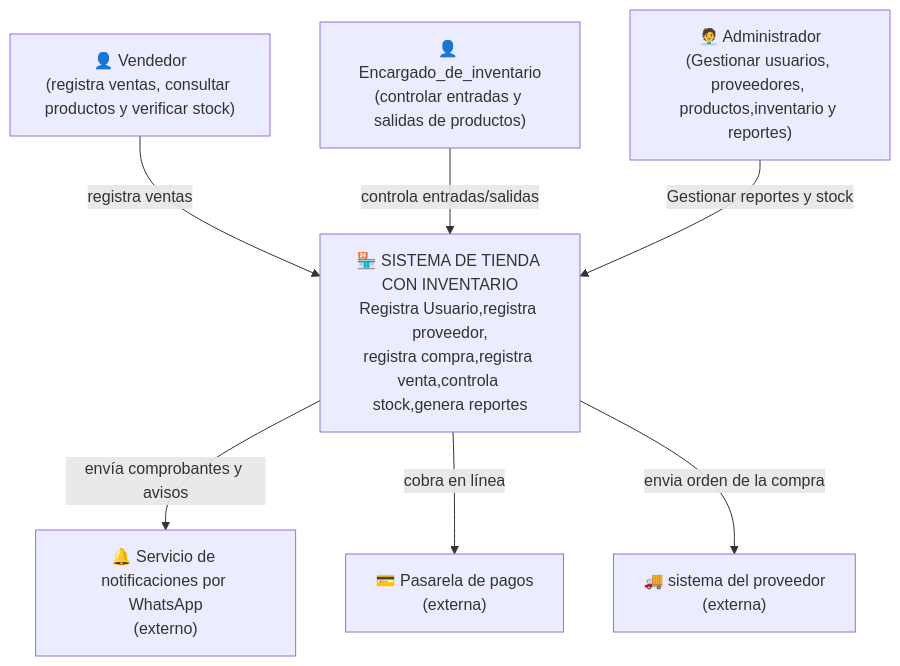
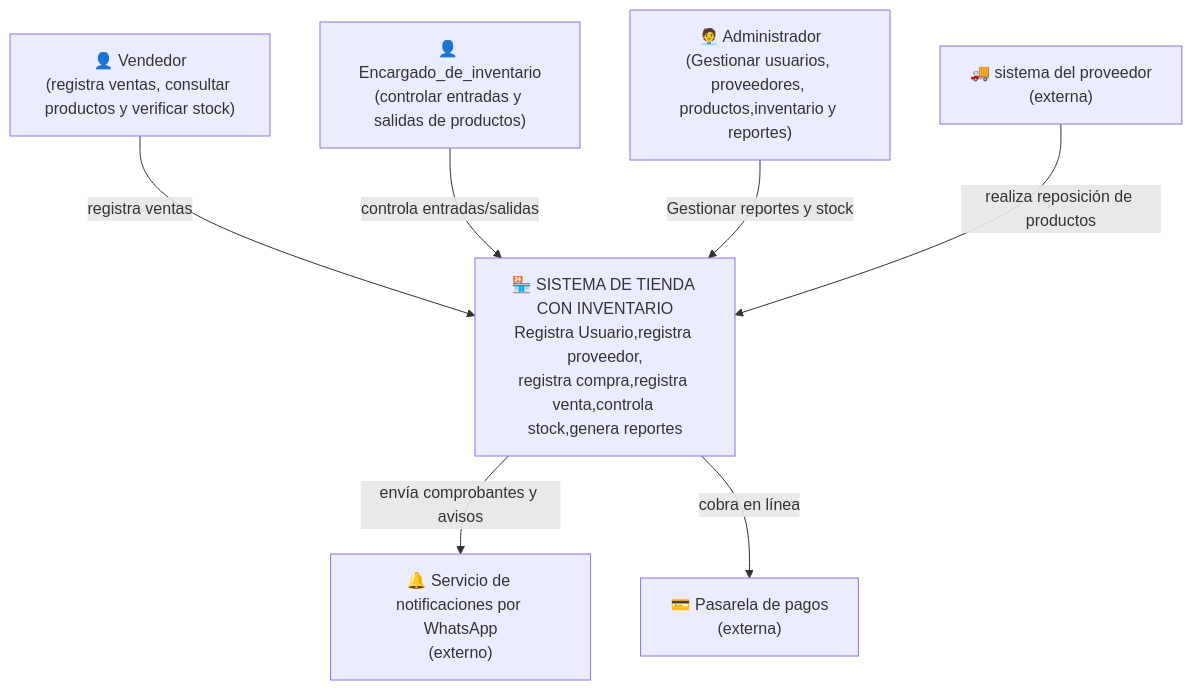
Before and after one commit to jrcayo44-del/expediente-arq-cayo: the first of 2 diagrams in H4/README.md, drawn with Mermaid. The commit also changed other lines of this file, not shown here.

````diff
--- a/H4/README.md
+++ b/H4/README.md
@@ -4,17 +7,17 @@
 ```mermaid
 flowchart TB
     vendedor["👤 Vendedor<br>(registra ventas, consultar productos y verificar stock)"]
     administrador["🧑‍💼 Administrador<br>(Gestionar usuarios, proveedores, productos,inventario y reportes)"]
     encargado["👤 Encargado_de_inventario<br>(controlar entradas y salidas de productos)"]
     sistema["🏪 SISTEMA DE TIENDA CON INVENTARIO<br>Registra Usuario,registra proveedor,
 registra compra,registra venta,controla stock,genera reportes"]
     notificacion["🔔 Servicio de notificaciones por WhatsApp<br>(externo)"]
     pasarela["💳 Pasarela de pagos<br>(externa)"]
     proveedor["🚚 sistema del proveedor<br>(externa)"]
     vendedor -->|"registra ventas"| sistema
     encargado -->|"controla entradas/salidas"| sistema
     administrador -->|"Gestionar reportes y stock"| sistema
     sistema -->|"envía comprobantes y avisos"| notificacion
     sistema -->|"cobra en línea"| pasarela
-    sistema -->|"envia orden de la compra"| proveedor
+    proveedor -->|"realiza reposición de productos"| sistema
 ```
````
